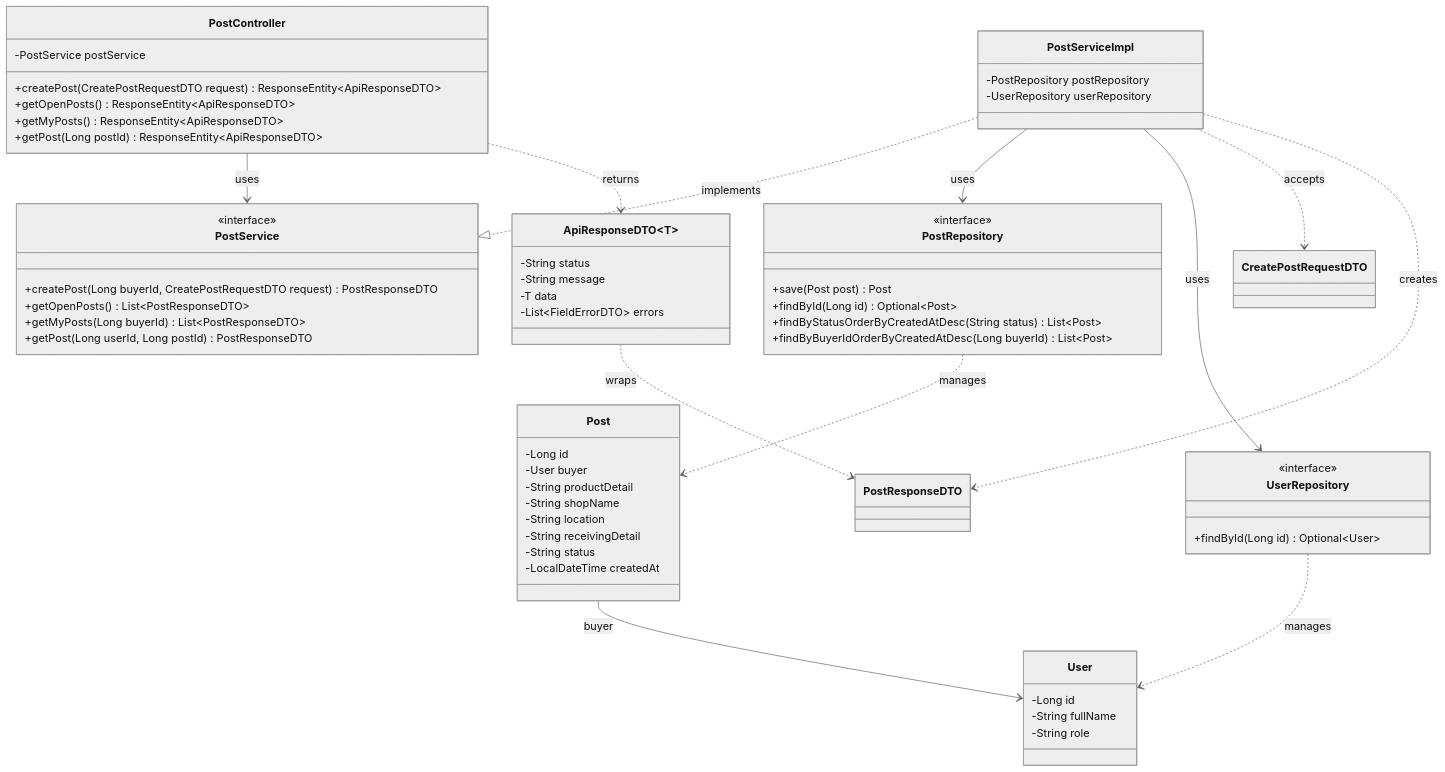
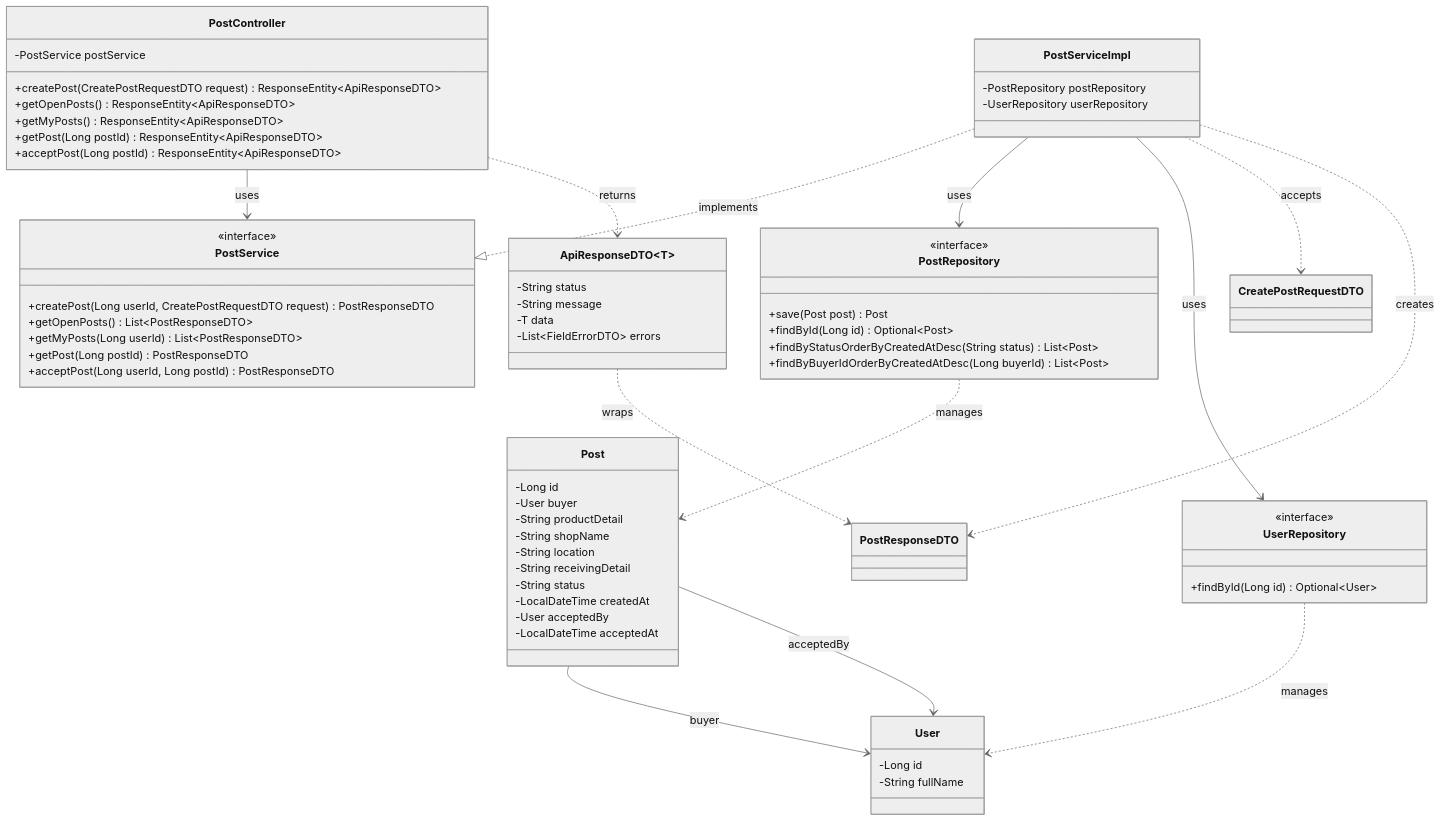
Before and after one commit to BlackyB0o/CS261_650001_group5: the fourth of 4 diagrams in docs/task-12/README.md, drawn with Mermaid (neutral theme). The commit also changed other lines of this file, not shown here.

Commit message:
removed roles, add accept-post endpoint

````diff
--- a/docs/task-12/README.md
+++ b/docs/task-12/README.md
@@ -255,67 +309,71 @@
 ```mermaid
 classDiagram
     class PostController {
         -PostService postService
         +createPost(CreatePostRequestDTO request) ResponseEntity~ApiResponseDTO~
         +getOpenPosts() ResponseEntity~ApiResponseDTO~
         +getMyPosts() ResponseEntity~ApiResponseDTO~
         +getPost(Long postId) ResponseEntity~ApiResponseDTO~
+        +acceptPost(Long postId) ResponseEntity~ApiResponseDTO~
     }
     class PostService {
         <<interface>>
-        +createPost(Long buyerId, CreatePostRequestDTO request) PostResponseDTO
+        +createPost(Long userId, CreatePostRequestDTO request) PostResponseDTO
         +getOpenPosts() List~PostResponseDTO~
-        +getMyPosts(Long buyerId) List~PostResponseDTO~
-        +getPost(Long userId, Long postId) PostResponseDTO
+        +getMyPosts(Long userId) List~PostResponseDTO~
+        +getPost(Long postId) PostResponseDTO
+        +acceptPost(Long userId, Long postId) PostResponseDTO
     }
     class PostServiceImpl {
         -PostRepository postRepository
         -UserRepository userRepository
     }
     class PostRepository {
         <<interface>>
         +save(Post post) Post
         +findById(Long id) Optional~Post~
         +findByStatusOrderByCreatedAtDesc(String status) List~Post~
         +findByBuyerIdOrderByCreatedAtDesc(Long buyerId) List~Post~
     }
+    class UserRepository {
+        <<interface>>
+        +findById(Long id) Optional~User~
+    }
     class Post {
         -Long id
         -User buyer
         -String productDetail
         -String shopName
         -String location
         -String receivingDetail
         -String status
         -LocalDateTime createdAt
-    }
-    class UserRepository {
-        <<interface>>
-        +findById(Long id) Optional~User~
+        -User acceptedBy
+        -LocalDateTime acceptedAt
     }
     class User {
         -Long id
         -String fullName
-        -String role
     }
     class CreatePostRequestDTO
     class PostResponseDTO
     class ApiResponseDTO~T~ {
         -String status
         -String message
         -T data
         -List~FieldErrorDTO~ errors
     }
 
     PostController --> PostService : uses
     PostController ..> ApiResponseDTO : returns
     PostServiceImpl ..|> PostService : implements
     PostServiceImpl --> PostRepository : uses
     PostServiceImpl --> UserRepository : uses
     PostRepository ..> Post : manages
     UserRepository ..> User : manages
     Post --> User : buyer
+    Post --> User : acceptedBy
     PostServiceImpl ..> CreatePostRequestDTO : accepts
     PostServiceImpl ..> PostResponseDTO : creates
     ApiResponseDTO ..> PostResponseDTO : wraps
 ```
````
